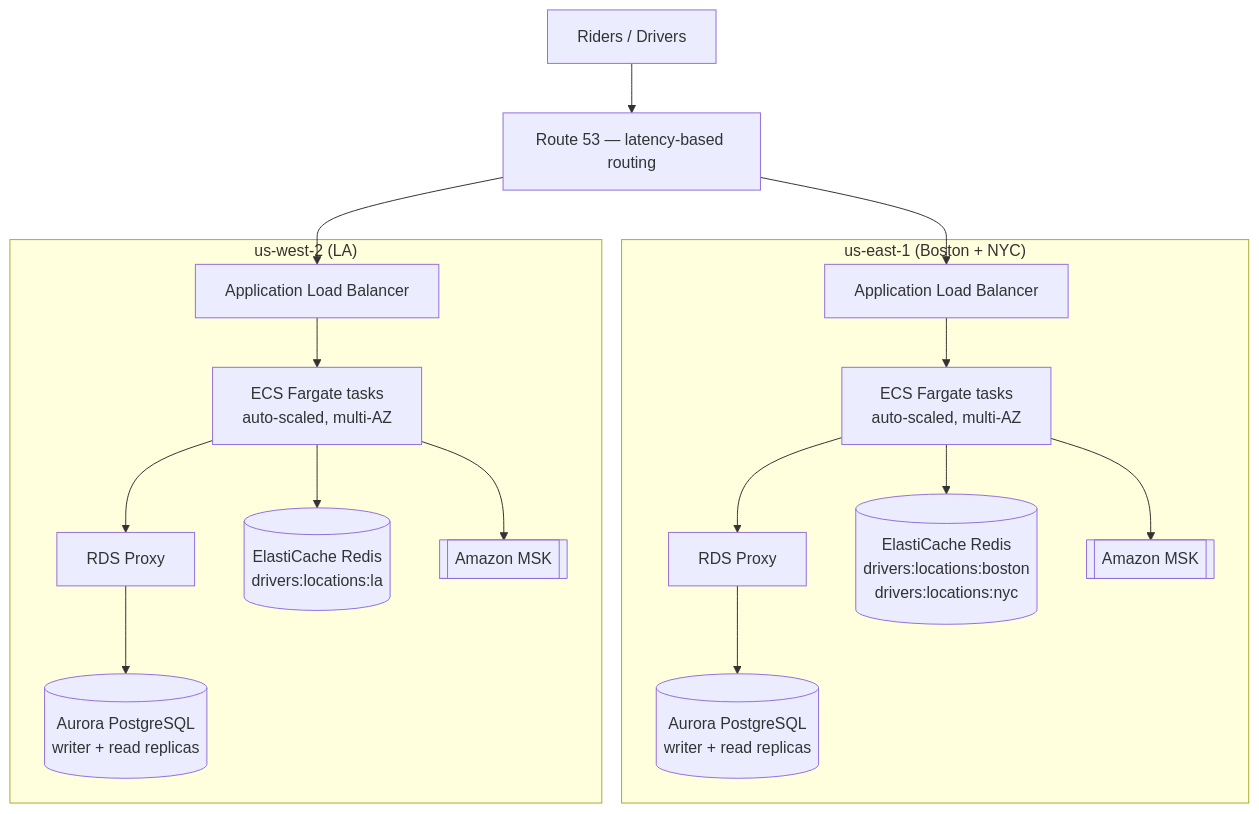
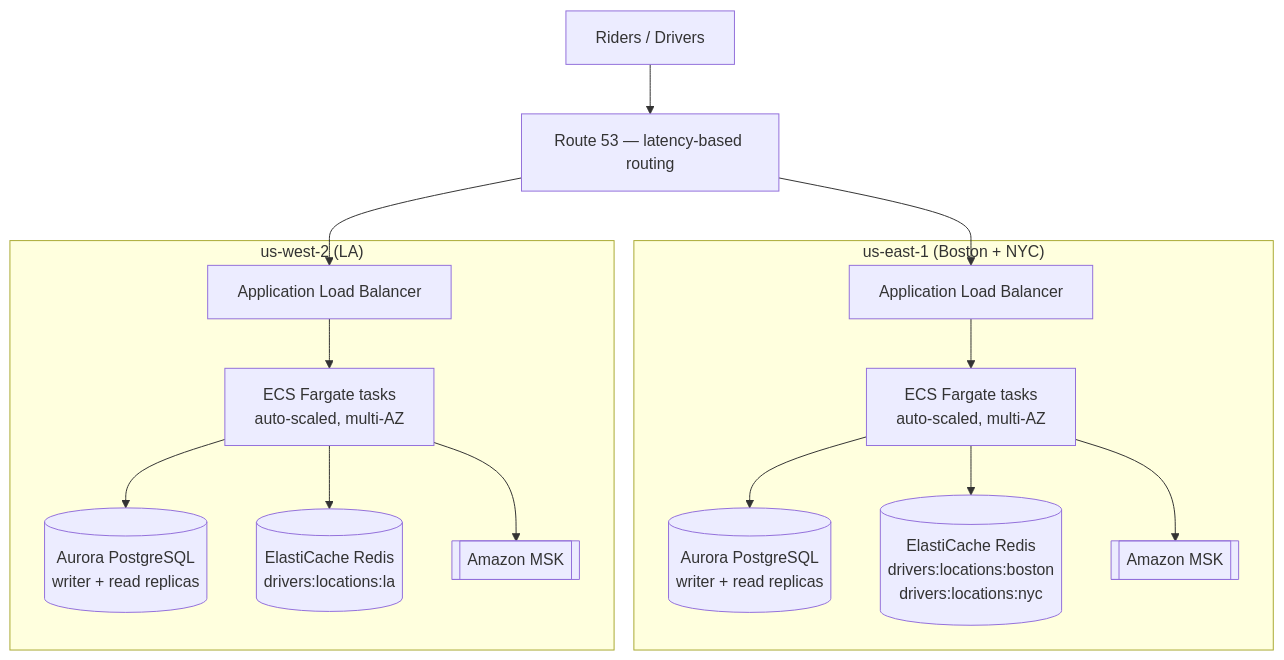
The diagram in README.md (alias8/uber_clone), drawn with Mermaid before and after one commit. The commit also changed other lines of this file and 1 other file, not shown here.

Commit message:
add to readme

````diff
--- a/README.md
+++ b/README.md
@@ -46,38 +46,36 @@
 ```mermaid
 flowchart TB
     riders["Riders / Drivers"]
     r53["Route 53 — latency-based routing"]
 
     riders --> r53
 
     subgraph useast1["us-east-1 (Boston + NYC)"]
         alb1["Application Load Balancer"]
         ecs1["ECS Fargate tasks<br/>auto-scaled, multi-AZ"]
-        proxy1["RDS Proxy"]
         aurora1[("Aurora PostgreSQL<br/>writer + read replicas")]
         redis1[("ElastiCache Redis<br/>drivers:locations:boston<br/>drivers:locations:nyc")]
         msk1[["Amazon MSK"]]
 
         alb1 --> ecs1
-        ecs1 --> proxy1 --> aurora1
+        ecs1 --> aurora1
         ecs1 --> redis1
         ecs1 --> msk1
     end
 
     subgraph uswest2["us-west-2 (LA)"]
         alb2["Application Load Balancer"]
         ecs2["ECS Fargate tasks<br/>auto-scaled, multi-AZ"]
-        proxy2["RDS Proxy"]
         aurora2[("Aurora PostgreSQL<br/>writer + read replicas")]
         redis2[("ElastiCache Redis<br/>drivers:locations:la")]
         msk2[["Amazon MSK"]]
 
         alb2 --> ecs2
-        ecs2 --> proxy2 --> aurora2
+        ecs2 --> aurora2
         ecs2 --> redis2
         ecs2 --> msk2
     end
 
     r53 --> alb1
     r53 --> alb2
 ```
````
